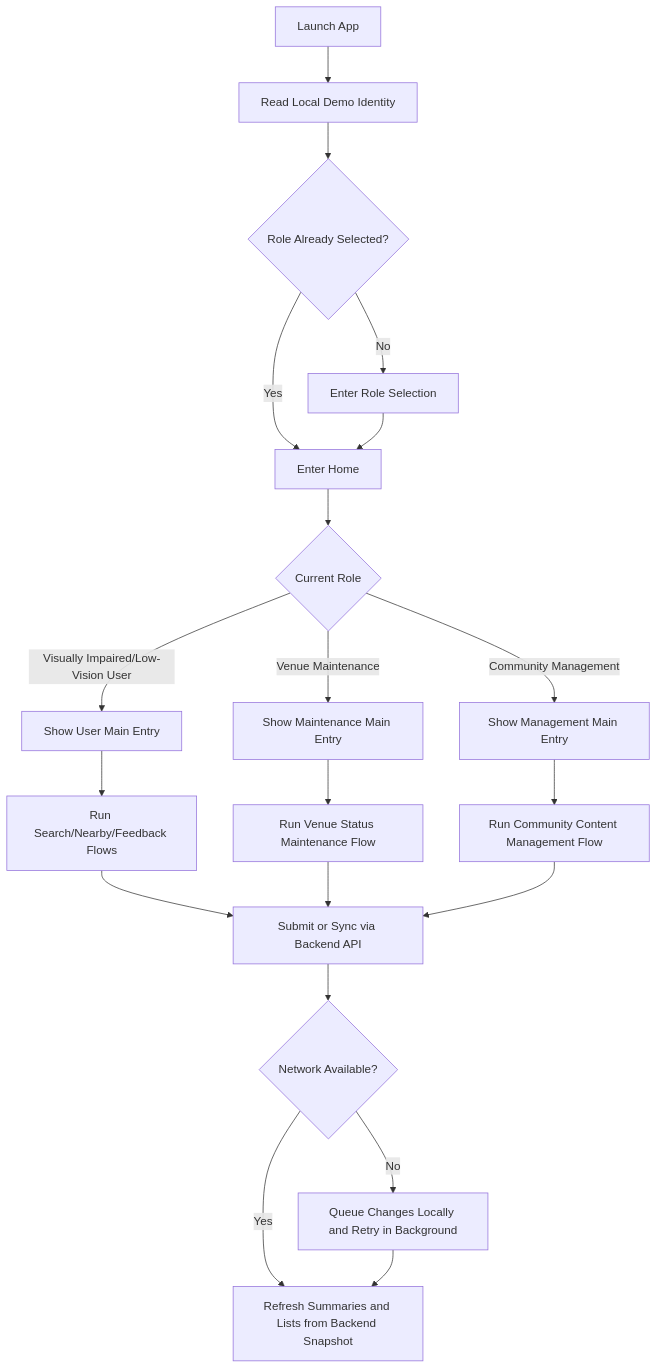
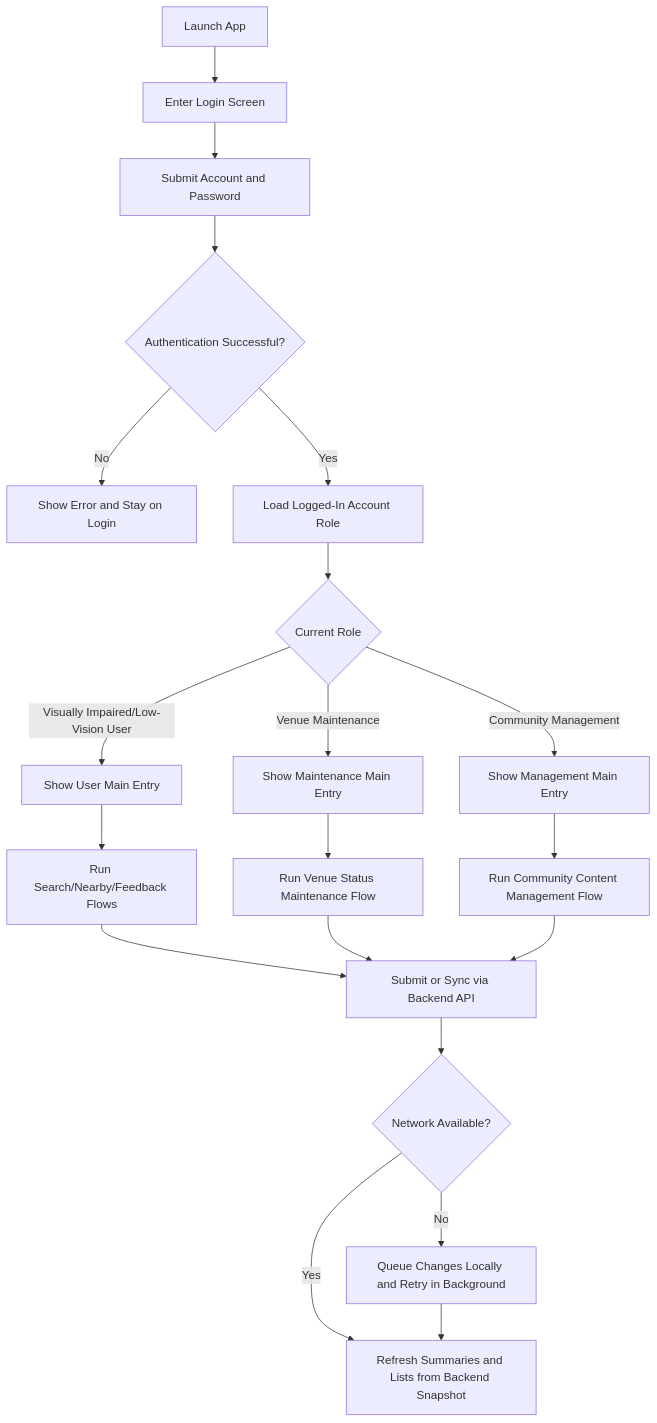
One commit to angelyng09/Luma changed the first of 4 diagrams in Luma_Role Features & Workflow Diagram.md. Above: the diagram before and after it, drawn with Mermaid. The commit also changed other lines of this file and 2 other files, not shown here.

````diff
--- a/Luma_Role Features & Workflow Diagram.md
+++ b/Luma_Role Features & Workflow Diagram.md
@@ -30,25 +30,25 @@
 ```mermaid
 flowchart TD
-    A[Launch App] --> B[Read Local Demo Identity]
-    B --> C{Role Already Selected?}
-    C -- No --> D[Enter Role Selection]
-    C -- Yes --> E[Enter Home]
-    D --> E
+    A[Launch App] --> B[Enter Login Screen]
+    B --> C[Submit Account and Password]
+    C --> D{Authentication Successful?}
+    D -- No --> E[Show Error and Stay on Login]
+    D -- Yes --> F[Load Logged-In Account Role]
 
-    E --> F{Current Role}
-    F -- Visually Impaired/Low-Vision User --> U1[Show User Main Entry]
-    F -- Venue Maintenance --> M1[Show Maintenance Main Entry]
-    F -- Community Management --> G1[Show Management Main Entry]
+    F --> G{Current Role}
+    G -- Visually Impaired/Low-Vision User --> U1[Show User Main Entry]
+    G -- Venue Maintenance --> M1[Show Maintenance Main Entry]
+    G -- Community Management --> G1[Show Management Main Entry]
 
     U1 --> H[Run Search/Nearby/Feedback Flows]
     M1 --> I[Run Venue Status Maintenance Flow]
     G1 --> J[Run Community Content Management Flow]
 
     H --> K[Submit or Sync via Backend API]
     I --> K
     J --> K
     K --> L{Network Available?}
     L -- Yes --> M[Refresh Summaries and Lists from Backend Snapshot]
     L -- No --> N[Queue Changes Locally and Retry in Background]
     N --> M
 ```
````
